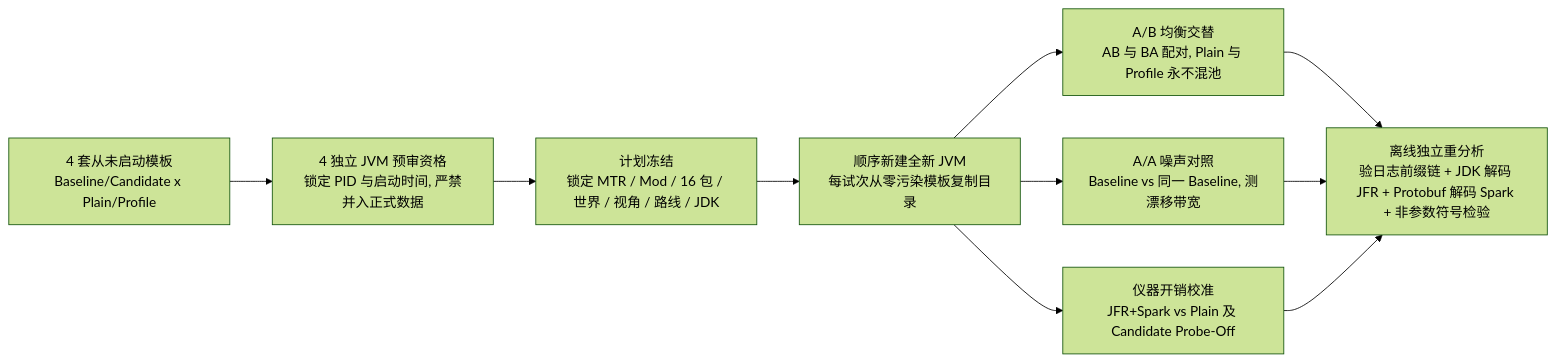
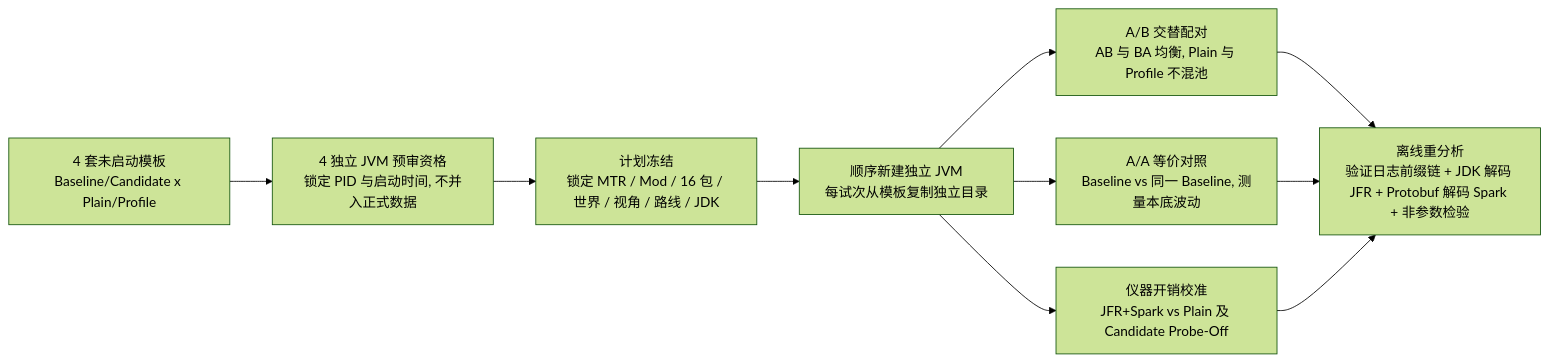
One commit to teamCreating/MTR-Memory-Saver changed the second of 2 diagrams in docs/TECHNICAL_PRINCIPLES.md. Above: the diagram before and after it, drawn with Mermaid (forest theme). The commit also changed other lines of this file and 1 other file, not shown here.

````diff
--- a/docs/TECHNICAL_PRINCIPLES.md
+++ b/docs/TECHNICAL_PRINCIPLES.md
@@ -256,12 +260,12 @@
 ```mermaid
 flowchart LR
-    Templates["4 套从未启动模板\nBaseline/Candidate x Plain/Profile"] --> Qual["4 独立 JVM 预审资格\n锁定 PID 与启动时间, 严禁并入正式数据"]
+    Templates["4 套未启动模板\nBaseline/Candidate x Plain/Profile"] --> Qual["4 独立 JVM 预审资格\n锁定 PID 与启动时间, 不并入正式数据"]
     Qual --> Freeze["计划冻结\n锁定 MTR / Mod / 16 包 / 世界 / 视角 / 路线 / JDK"]
-    Freeze --> Exec["顺序新建全新 JVM\n每试次从零污染模板复制目录"]
-    Exec --> AB["A/B 均衡交替\nAB 与 BA 配对, Plain 与 Profile 永不混池"]
-    Exec --> AA["A/A 噪声对照\nBaseline vs 同一 Baseline, 测漂移带宽"]
+    Freeze --> Exec["顺序新建独立 JVM\n每试次从模板复制独立目录"]
+    Exec --> AB["A/B 交替配对\nAB 与 BA 均衡, Plain 与 Profile 不混池"]
+    Exec --> AA["A/A 等价对照\nBaseline vs 同一 Baseline, 测量本底波动"]
     Exec --> Inst["仪器开销校准\nJFR+Spark vs Plain 及 Candidate Probe-Off"]
-    AB --> Replay["离线独立重分析\n验日志前缀链 + JDK 解码 JFR + Protobuf 解码 Spark + 非参数符号检验"]
+    AB --> Replay["离线重分析\n验证日志前缀链 + JDK 解码 JFR + Protobuf 解码 Spark + 非参数检验"]
     AA --> Replay
     Inst --> Replay
 ```
````
